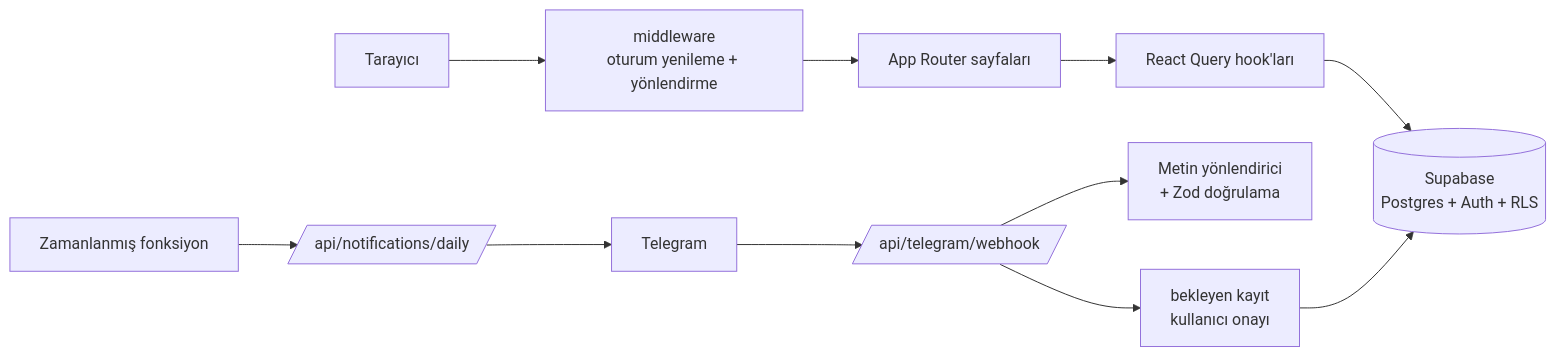
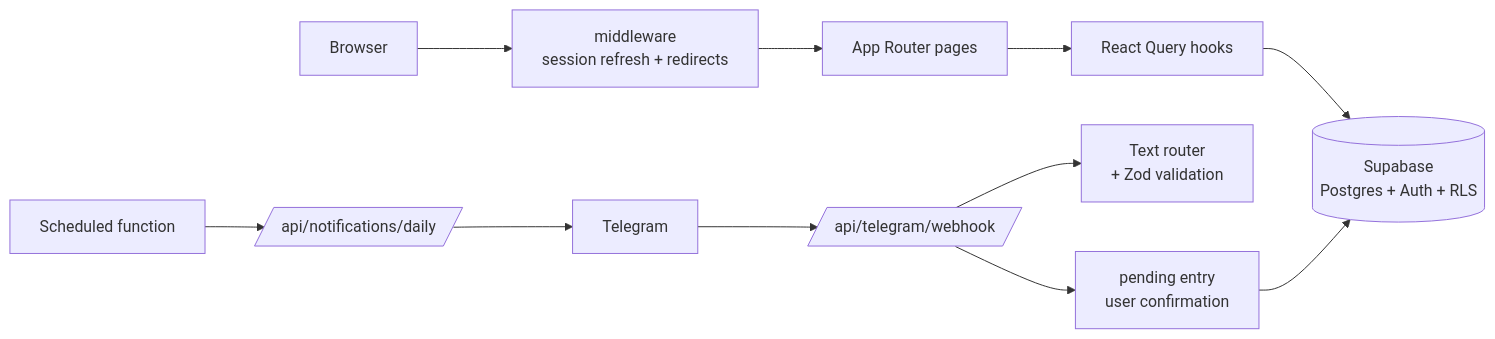
Before and after one commit to tetwy/crewve-showcase: the diagram in README.md, drawn with Mermaid. The commit also changed other lines of this file and 2 other files, not shown here.

````diff
--- a/README.md
+++ b/README.md
@@ -35,13 +35,13 @@
 ```mermaid
 flowchart LR
-    U[Tarayıcı] --> MW[middleware<br/>oturum yenileme + yönlendirme]
-    MW --> PG[App Router sayfaları]
-    PG --> RQ[React Query hook'ları]
+    U[Browser] --> MW[middleware<br/>session refresh + redirects]
+    MW --> PG[App Router pages]
+    PG --> RQ[React Query hooks]
     RQ --> SB[(Supabase<br/>Postgres + Auth + RLS)]
     TG[Telegram] --> WH[/api/telegram/webhook/]
-    WH --> LLM[Metin yönlendirici<br/>+ Zod doğrulama]
-    WH --> PEND[bekleyen kayıt<br/>kullanıcı onayı]
+    WH --> LLM[Text router<br/>+ Zod validation]
+    WH --> PEND[pending entry<br/>user confirmation]
     PEND --> SB
-    CRON[Zamanlanmış fonksiyon] --> DAILY[/api/notifications/daily/]
+    CRON[Scheduled function] --> DAILY[/api/notifications/daily/]
     DAILY --> TG
 ```
````
